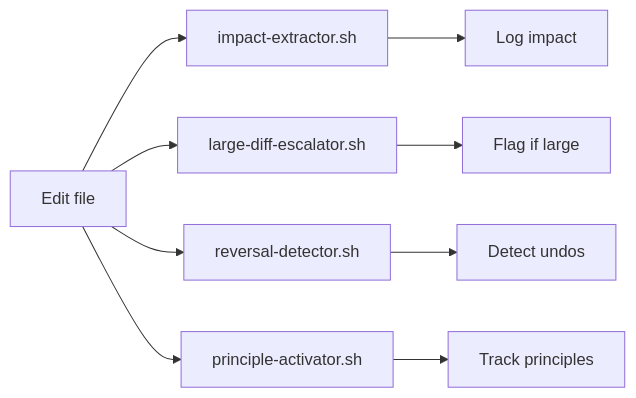
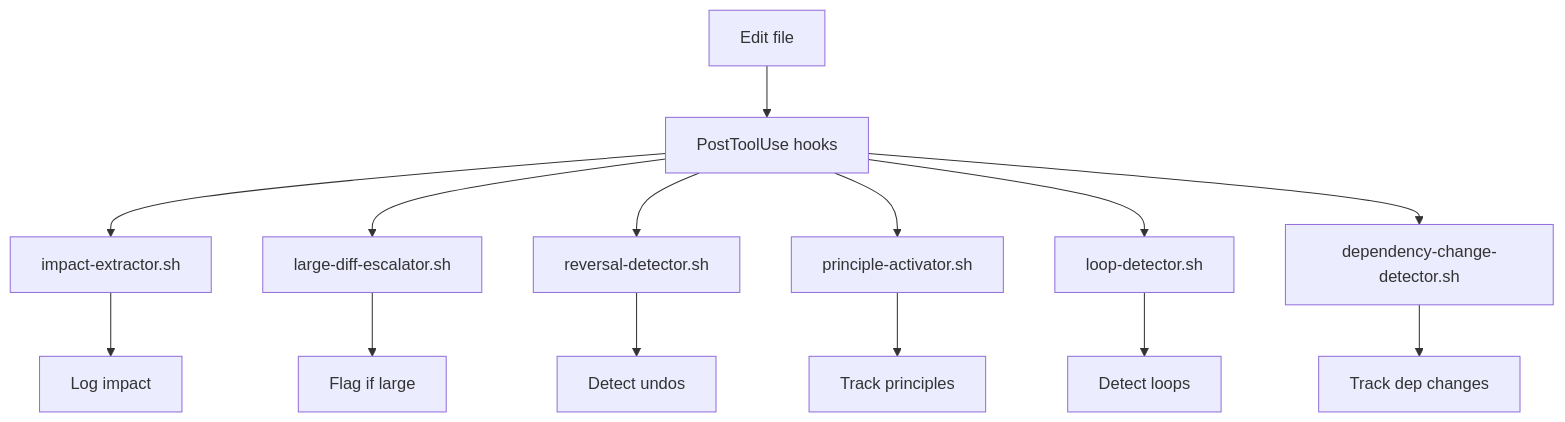
Diagram 21 of 25 in data-capture.md (meaganewaller/weekly-reviews), drawn with Mermaid before and after one commit. The commit also changed other lines of this file and 2 other files, not shown here.

```diff
--- a/data-capture.md
+++ b/data-capture.md
@@ -311,11 +456,16 @@
 {% mermaid %}
-flowchart LR
-    A[Edit file] --> B[impact-extractor.sh]
-    A --> C[large-diff-escalator.sh]
-    A --> D[reversal-detector.sh]
-    A --> E[principle-activator.sh]
-    B --> F[Log impact]
-    C --> G[Flag if large]
-    D --> H[Detect undos]
-    E --> I[Track principles]
+flowchart TD
+    A[Edit file] --> B[PostToolUse hooks]
+    B --> C[impact-extractor.sh]
+    B --> D[large-diff-escalator.sh]
+    B --> E[reversal-detector.sh]
+    B --> F[principle-activator.sh]
+    B --> G[loop-detector.sh]
+    B --> H[dependency-change-detector.sh]
+    C --> I[Log impact]
+    D --> J[Flag if large]
+    E --> K[Detect undos]
+    F --> L[Track principles]
+    G --> M[Detect loops]
+    H --> N[Track dep changes]
 {% endmermaid %}
```
